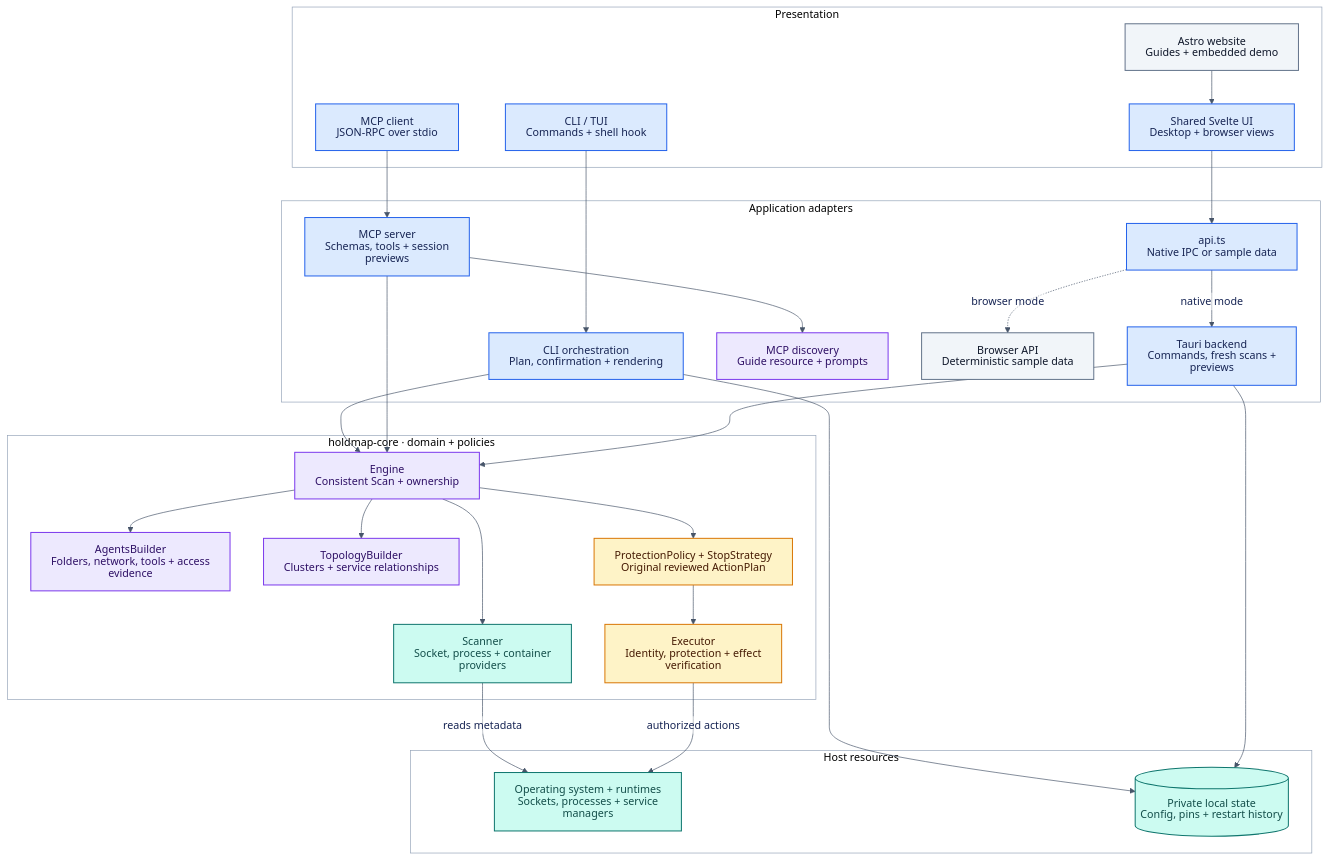
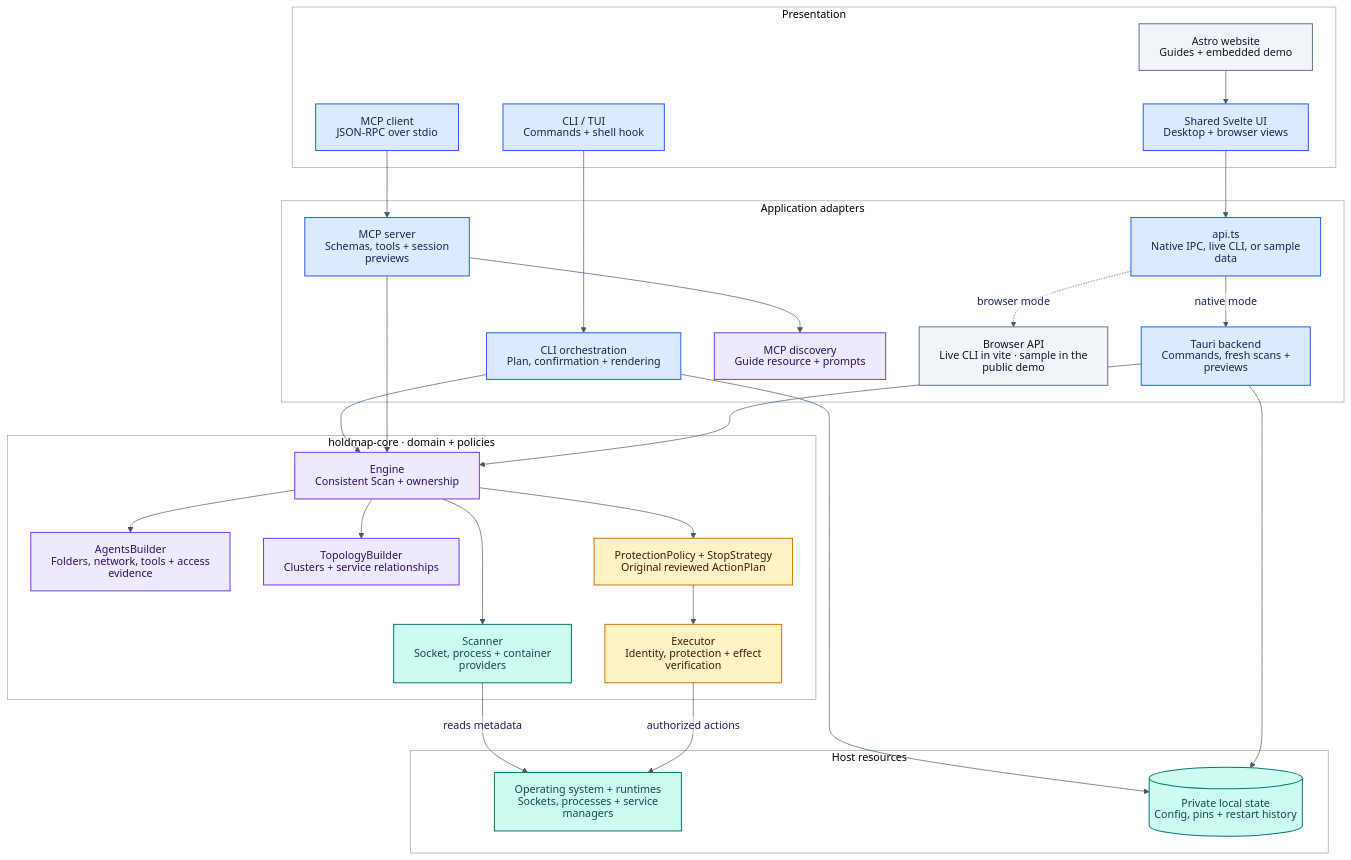
The fifth of 11 diagrams in docs/architecture.md (santoshshinde2012/holdmap), drawn with Mermaid before and after one commit. The commit also changed other lines of this file and 63 other files, not shown here.

```diff
--- a/docs/architecture.md
+++ b/docs/architecture.md
@@ -477,9 +477,9 @@
     CLI_APP["CLI orchestration<br/>Plan, confirmation + rendering"]
     MCP_APP["MCP server<br/>Schemas, tools + session previews"]
     NATIVE["Tauri backend<br/>Commands, fresh scans + previews"]
-    API["api.ts<br/>Native IPC or sample data"]
+    API["api.ts<br/>Native IPC, live CLI, or sample data"]
     CONTEXT["MCP discovery<br/>Guide resource + prompts"]
-    MOCK["Browser API<br/>Deterministic sample data"]
+    MOCK["Browser API<br/>Live CLI in vite · sample in the public demo"]
   end
 
   subgraph DOMAIN["holdmap-core · domain + policies"]
```
